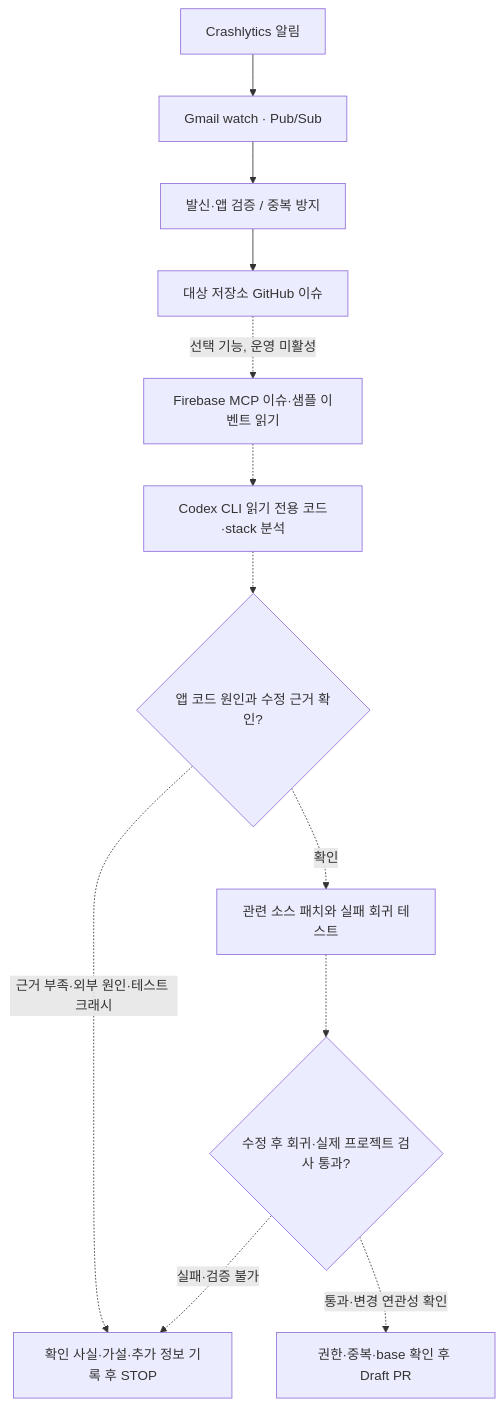
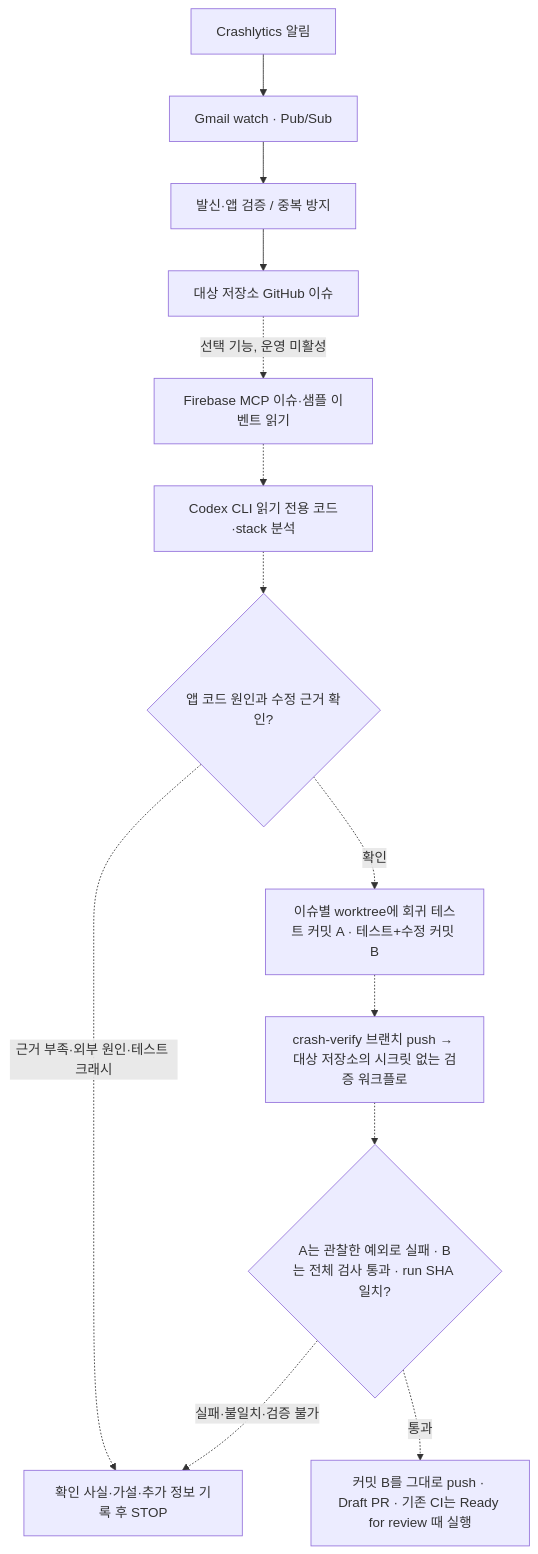
One commit to easyhooon/personal-crashlytics-bot changed the diagram in README.md. Above: the diagram before and after it, drawn with Mermaid. The commit also changed other lines of this file and 8 other files, not shown here.

````diff
--- a/README.md
+++ b/README.md
@@ -19,14 +19,15 @@
 ```mermaid
 flowchart TD
     A[Crashlytics 알림] --> B[Gmail watch · Pub/Sub]
     B --> C[발신·앱 검증 / 중복 방지]
     C --> D[대상 저장소 GitHub 이슈]
     D -. 선택 기능, 운영 미활성 .-> E[Firebase MCP 이슈·샘플 이벤트 읽기]
     E -.-> F[Codex CLI 읽기 전용 코드·stack 분석]
     F -.-> G{앱 코드 원인과 수정 근거 확인?}
     G -. 근거 부족·외부 원인·테스트 크래시 .-> S[확인 사실·가설·추가 정보 기록 후 STOP]
-    G -. 확인 .-> H[관련 소스 패치와 실패 회귀 테스트]
-    H -.-> I{수정 후 회귀·실제 프로젝트 검사 통과?}
-    I -. 실패·검증 불가 .-> S
-    I -. 통과·변경 연관성 확인 .-> J[권한·중복·base 확인 후 Draft PR]
+    G -. 확인 .-> H[이슈별 worktree에 회귀 테스트 커밋 A · 테스트+수정 커밋 B]
+    H -.-> I[crash-verify 브랜치 push → 대상 저장소의 시크릿 없는 검증 워크플로]
+    I -.-> K{A는 관찰한 예외로 실패 · B는 전체 검사 통과 · run SHA 일치?}
+    K -. 실패·불일치·검증 불가 .-> S
+    K -. 통과 .-> J[커밋 B를 그대로 push · Draft PR · 기존 CI는 Ready for review 때 실행]
 ```
````
